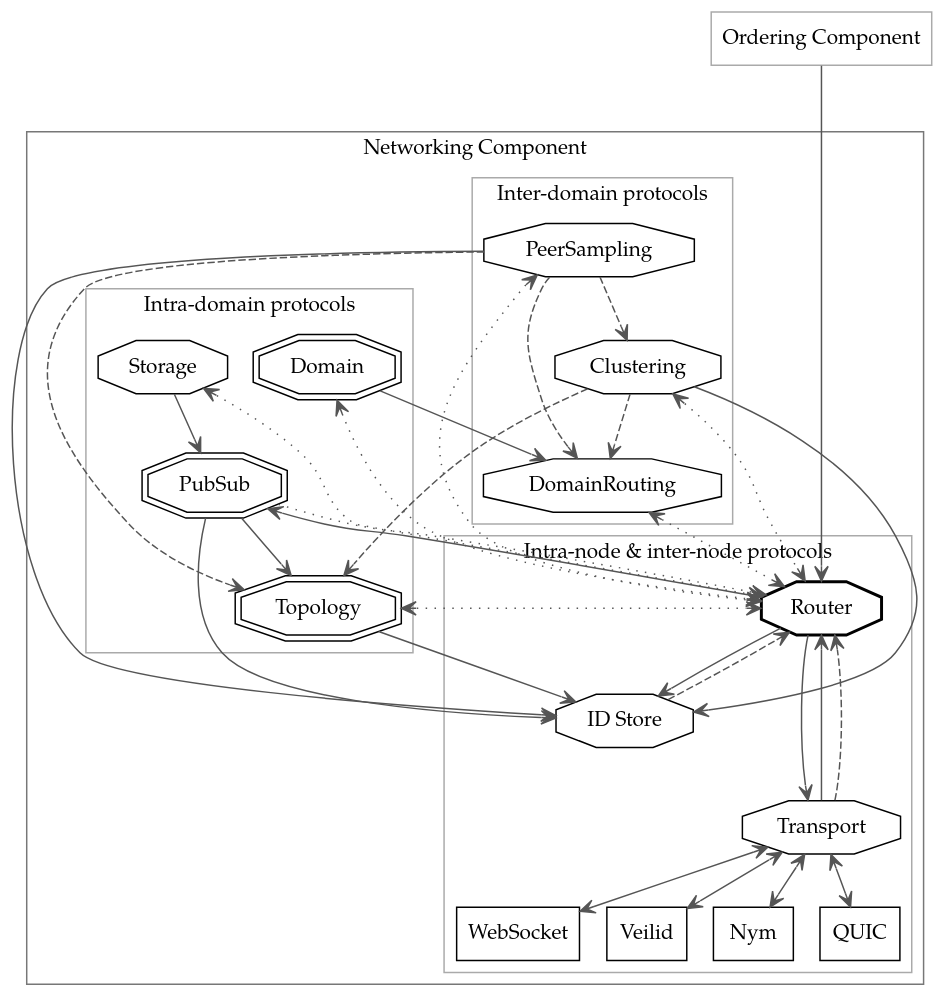
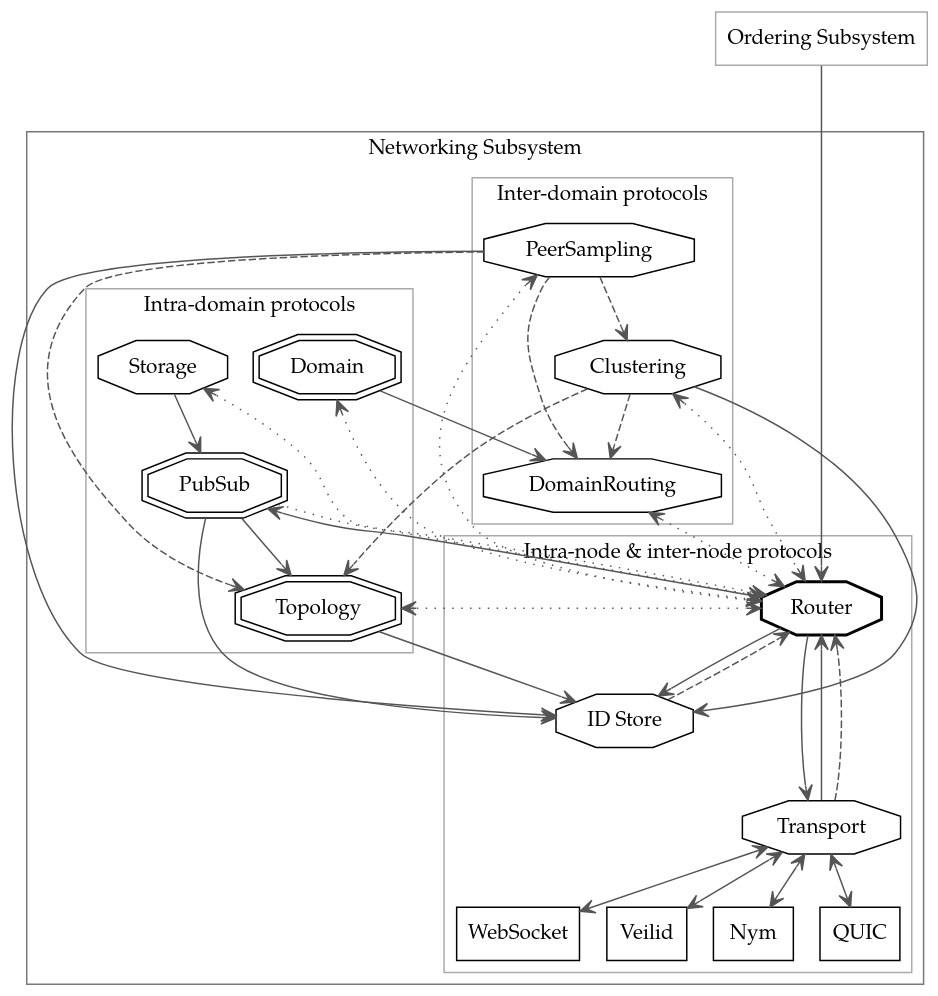
One commit to anoma/nspec changed the diagram in docs/images/engines.dot. Above: the diagram before and after it, drawn with Graphviz. The commit also changed 51 other files, not shown here.

```diff
--- a/docs/images/engines.dot
+++ b/docs/images/engines.dot
@@ -1,131 +1,131 @@
 digraph {
     layout = dot
     rankdir = TB
     mclimit = 1.0
 
     fontname = "TeX Gyre Pagella"
     node [fontname="TeX Gyre Pagella"; shape=octagon]
 
     # cluster border
     pencolor = "#777777"
     edge [color="#555555"; arrowhead=vee; arrowtail=vee]
     # dark theme
     bgcolor = transparent
     # fontcolor = white
     # node [color=white; fontcolor=white]
     # edge [color="#999999"
     Router [penwidth=2]
 
-    Ordering [label="Ordering Component"; shape=rect; color="#aaaaaa"]
+    Ordering [label="Ordering Subsystem"; shape=rect; color="#aaaaaa"]
     /*
     subgraph cluster_ordering {
-        label = "Ordering Component"
+        label = "Ordering Subsystem"
         node [shape=doubleoctagon]
 
         Consensus
         Mempool
         Execution
     }
     */
 
     subgraph cluster_networking {
-        label = "Networking Component"
+        label = "Networking Subsystem"
 
         # inter-domain protocols
         subgraph cluster_inter_domain {
             label = "Inter-domain protocols"
             pencolor = "#aaaaaa"
 
             DomainRouting
             Clustering
             PeerSampling
         }
 
         # intra-domain protocols
         subgraph cluster_intra_domain {
             label = "Intra-domain protocols"
             pencolor = "#aaaaaa"
             # rank = same
             Domain [shape=doubleoctagon]
             Topology [shape=doubleoctagon]
             PubSub [shape=doubleoctagon]
             Storage
             # Compute
         }
 
         subgraph cluster_node {
             label = "Intra-node & inter-node protocols"
             pencolor = "#aaaaaa"
 
             Router
             Transport
             NIDS [label="ID Store"]
 
             node [shape=rect]
             WebSocket
             Veilid
             Nym
             QUIC
         }
     }
 
     /*
     subgraph cluster_hwabs {
         label = "HW Abstraction"
 
         KVStore
         TSStore
         Logging
         WallClock
         Randomness
         Compute
     }
 
     subgraph cluster_control {
         label = "Control"
 
         UserPrefs
         StaticConfig
         DynamicConfig
         Measurement
         Decision
         ControlAgent
     }
     */
 
     # Other components
     #{Consensus Execution Mempool} -> Router [minlen=5; weight=200]
     Ordering -> Router [minlen=5; weight=200]
 
     # Networking
     #
     # Inter-domain
     PeerSampling -> Clustering [style=dashed]
     {PeerSampling Clustering} -> {DomainRouting Topology} [style=dashed]
     {PeerSampling Clustering DomainRouting} -> Router [dir=both; style=dotted]
 
     # Intra-domain
     Domain -> DomainRouting
     PubSub -> Topology
     PubSub -> Router [weight=10; style=dotted]
     Storage -> PubSub
     {Domain Topology Storage} -> Router [dir=both; style=dotted]
 
     # Router
     Router -> Transport [minlen=2; weight=10]
     Router -> PubSub
 
     # NIDS
     {PeerSampling Clustering Topology PubSub Router} -> NIDS
     NIDS -> Router [style=dashed]
 
     # Transport
     Transport -> {QUIC WebSocket Veilid Nym} [dir=both]
     Transport -> Router
     Transport -> Router [style=dashed]
 
      # Example
     edge [color="#ff7777"; style=dotted; constraint=false]
     # Send message to an external identity / pubsub topic
     # Mempool -> Router -> PubSub -> Router -> Transport -> QUIC
 }
```
